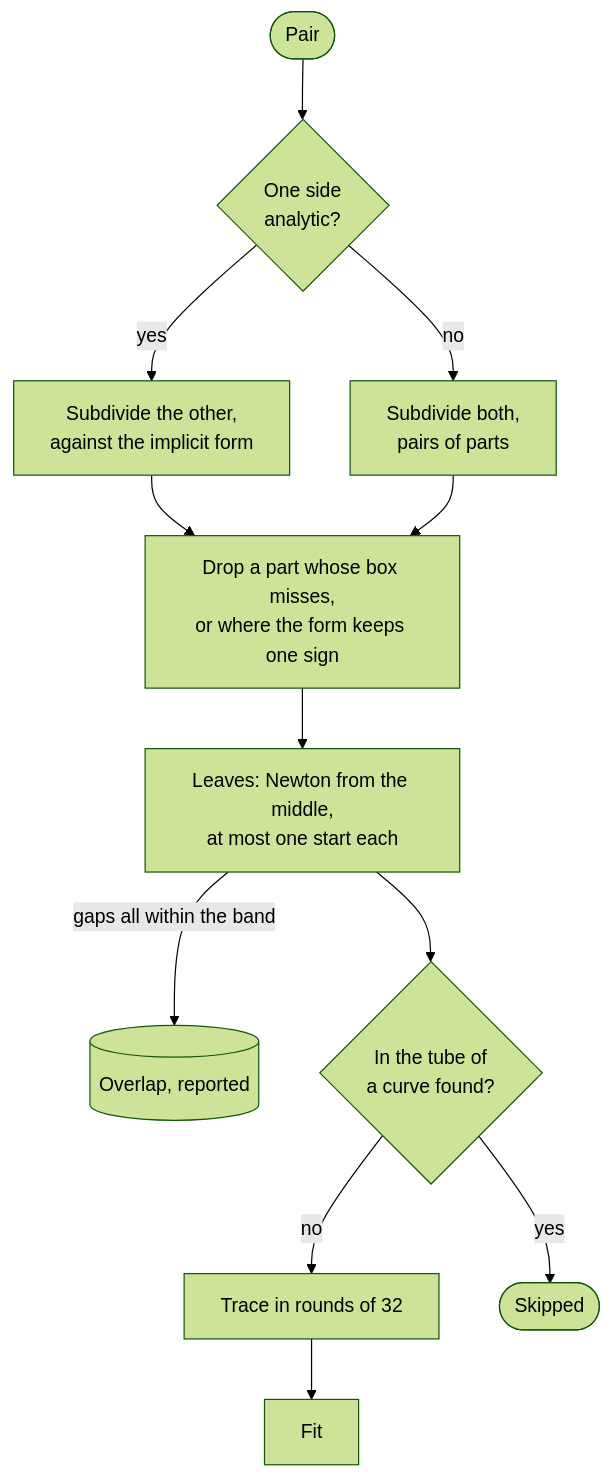
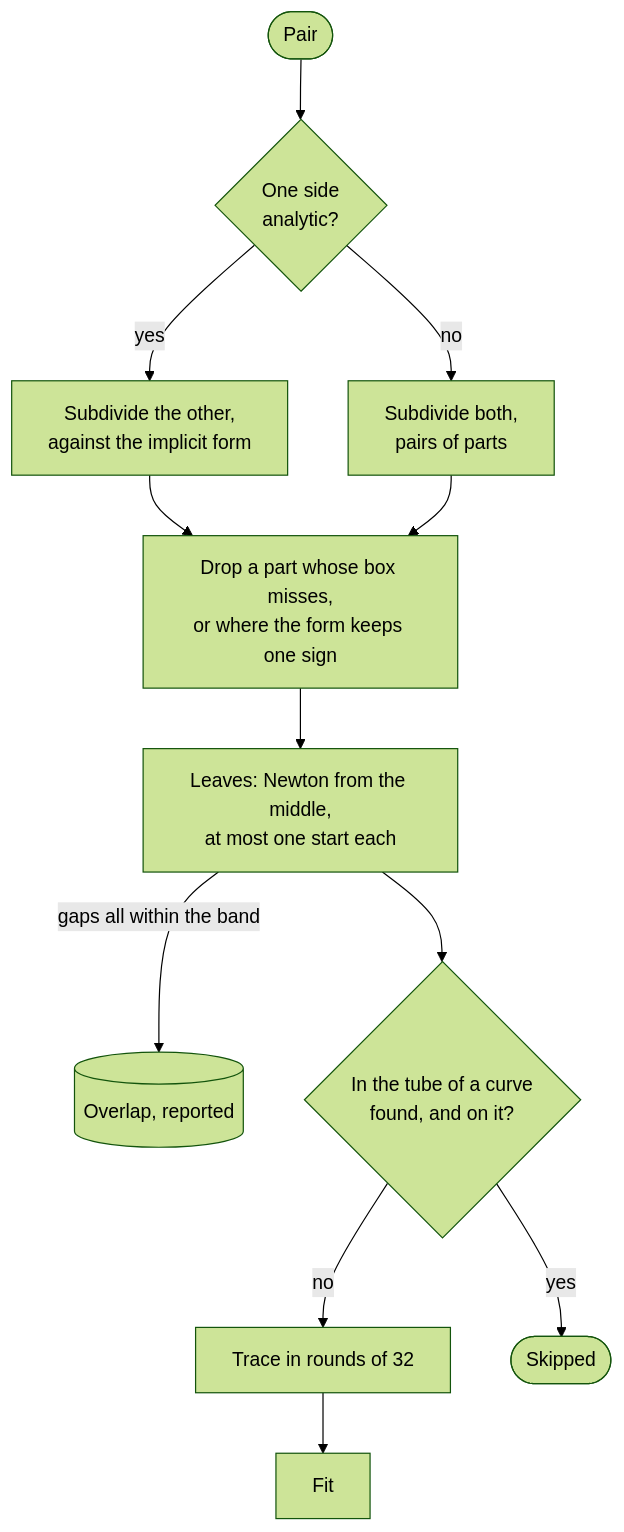
The second of 4 diagrams in docs/architecture/intersection.md (Dzoay/occam), drawn with Mermaid (forest theme) before and after one commit. The commit also changed other lines of this file and 7 other files, not shown here.

````diff
--- a/docs/architecture/intersection.md
+++ b/docs/architecture/intersection.md
@@ -60,12 +60,12 @@
 ```mermaid
 flowchart TD
   pair(["Pair"]) --> held{"One side<br/>analytic?"}
   held -->|"yes"| one["Subdivide the other,<br/>against the implicit form"]
   held -->|"no"| both["Subdivide both,<br/>pairs of parts"]
   one & both --> drop["Drop a part whose box misses,<br/>or where the form keeps one sign"]
   drop --> leaf["Leaves: Newton from the middle,<br/>at most one start each"]
   leaf -->|"gaps all within the band"| over[("Overlap, reported")]
-  leaf --> tube{"In the tube of<br/>a curve found?"}
+  leaf --> tube{"In the tube of a curve<br/>found, and on it?"}
   tube -->|"no"| trace["Trace in rounds of 32"] --> fit["Fit"]
   tube -->|"yes"| skip(["Skipped"])
 ```
````
